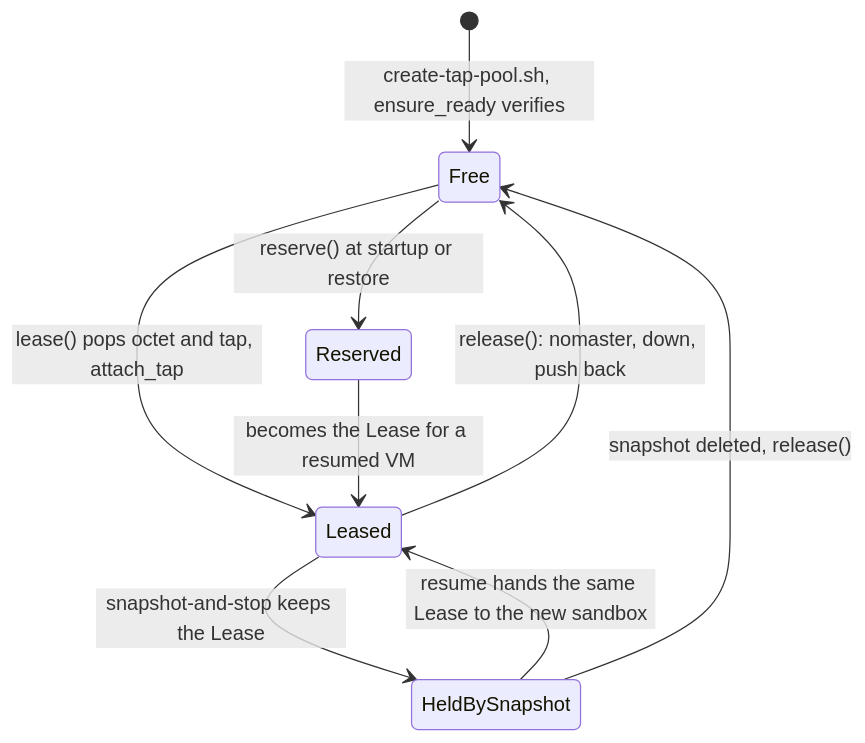
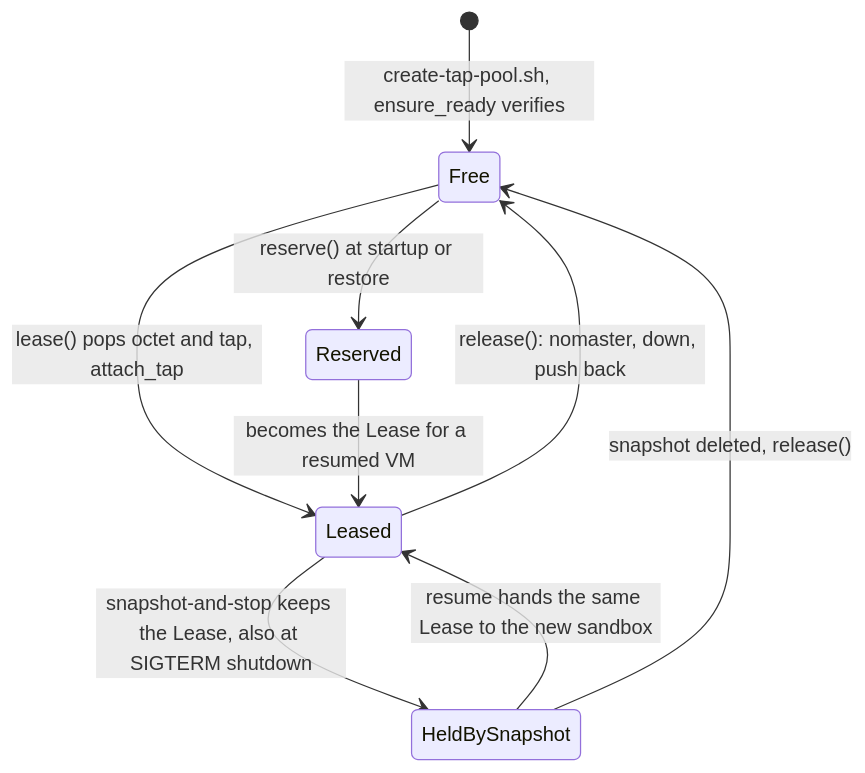
One commit to SumitKumar-17/sandkiln changed the second of 3 diagrams in website/src/content/engineering/05-networking.md. Above: the diagram before and after it, drawn with Mermaid. The commit also changed other lines of this file and 91 other files, not shown here.

````diff
--- a/website/src/content/engineering/05-networking.md
+++ b/website/src/content/engineering/05-networking.md
@@ -80,11 +80,11 @@
 ```mermaid
 stateDiagram-v2
     [*] --> Free: create-tap-pool.sh, ensure_ready verifies
     Free --> Leased: lease() pops octet and tap, attach_tap
     Leased --> Free: release(): nomaster, down, push back
-    Leased --> HeldBySnapshot: snapshot-and-stop keeps the Lease
+    Leased --> HeldBySnapshot: snapshot-and-stop keeps the Lease, also at SIGTERM shutdown
     HeldBySnapshot --> Leased: resume hands the same Lease to the new sandbox
     HeldBySnapshot --> Free: snapshot deleted, release()
     Free --> Reserved: reserve() at startup or restore
     Reserved --> Leased: becomes the Lease for a resumed VM
 ```
````
